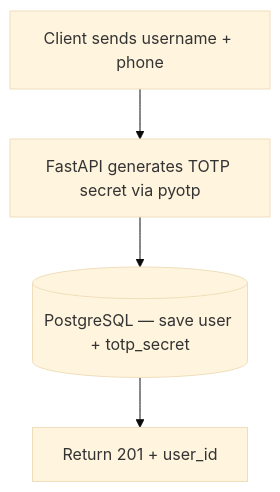
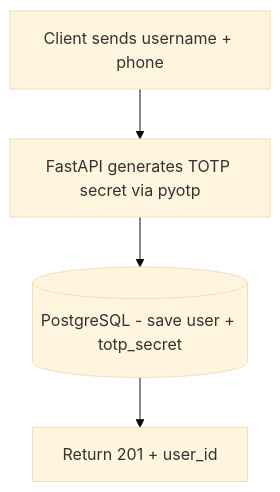
Before and after one commit to muhammadhussnainsaeed/bootcamp-2026-mfa-gate: the first of 5 diagrams in docs/architecture.md, drawn with Mermaid (base theme). The commit also changed other lines of this file and 3 other files, not shown here.

````diff
--- a/docs/architecture.md
+++ b/docs/architecture.md
@@ -35,6 +31,6 @@
 ```mermaid
 flowchart TD
     R1[Client sends username + phone] --> R2[FastAPI generates TOTP secret via pyotp]
-    R2 --> R3[(PostgreSQL — save user + totp_secret)]
+    R2 --> R3[(PostgreSQL - save user + totp_secret)]
     R3 --> R4[Return 201 + user_id]
 ```
````
